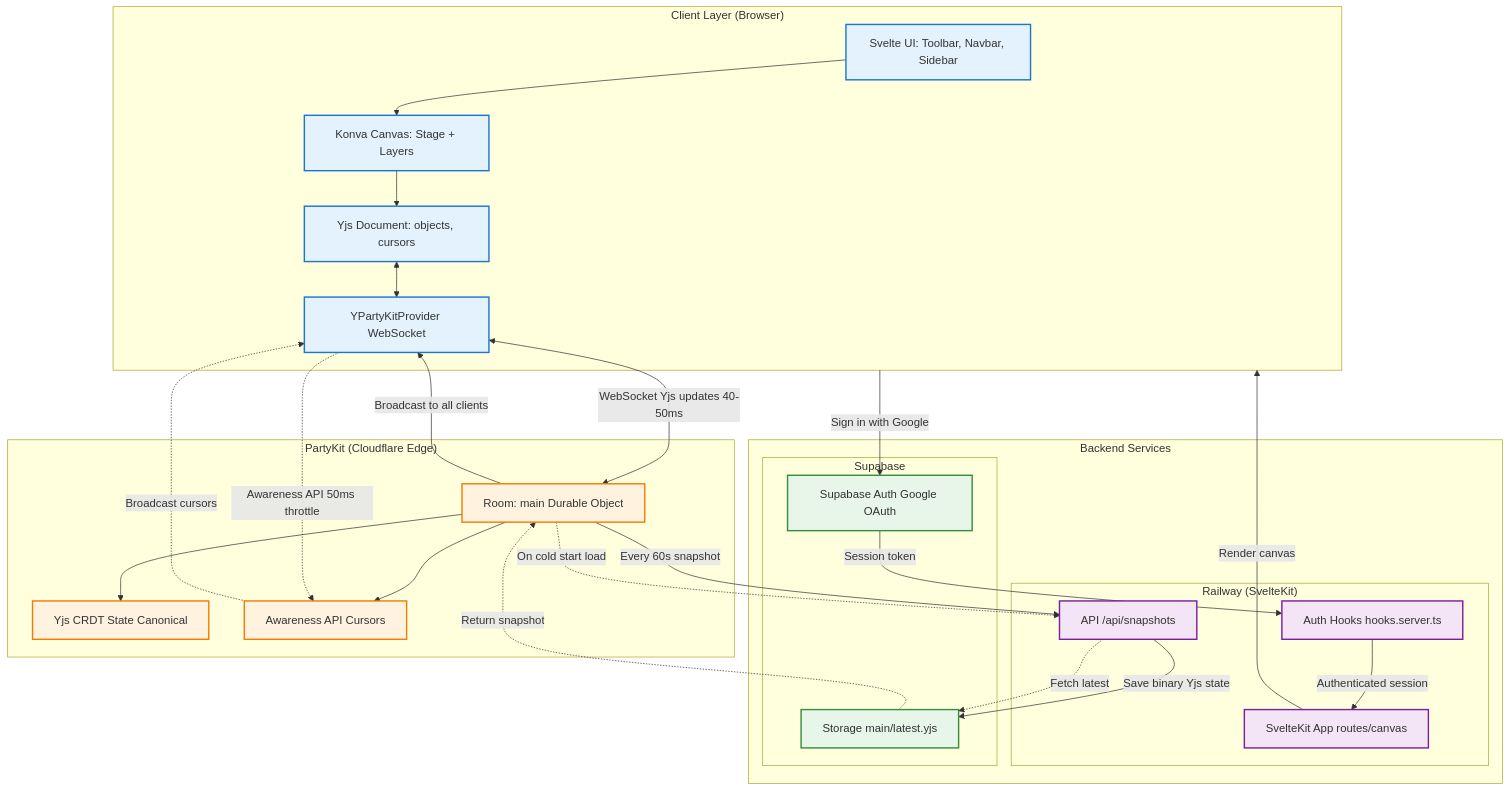
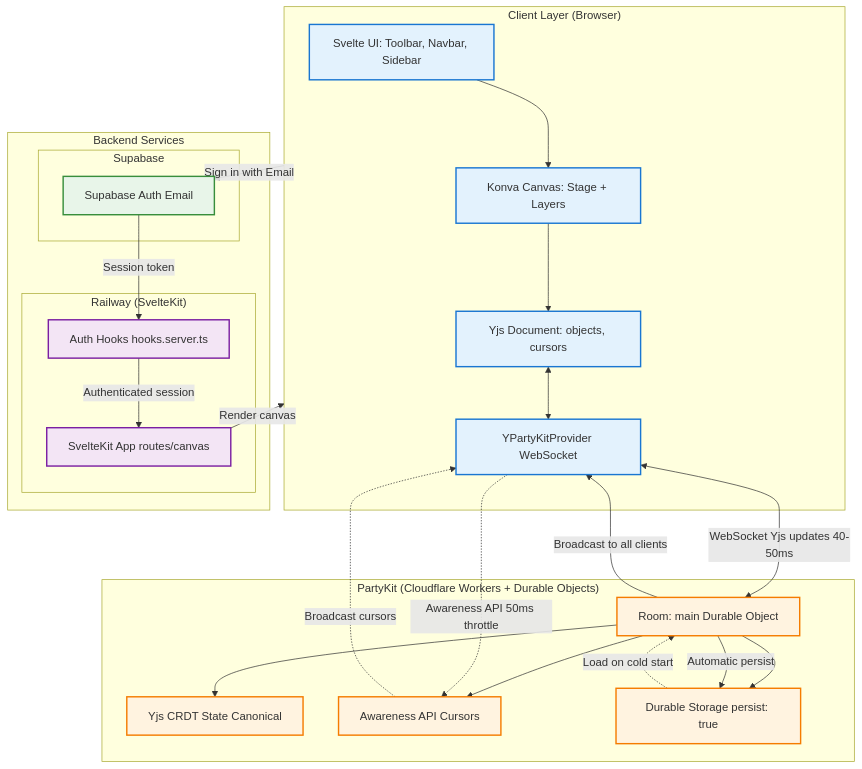
Before and after one commit to ppiont/collab-canvas: the diagram in project-management/architecture.md, drawn with Mermaid. The commit also changed 4 other files, not shown here.

First line of the commit message:
docs: Phase 7 unnecessary - PartyKit Durable Objects handle persistence

````diff
--- a/project-management/architecture.md
+++ b/project-management/architecture.md
@@ -1,69 +1,64 @@
 ```mermaid
 graph TB
     subgraph Browser["Client Layer (Browser)"]
         UI[Svelte UI: Toolbar, Navbar, Sidebar]
         Canvas[Konva Canvas: Stage + Layers]
         YDoc[Yjs Document: objects, cursors]
         Provider[YPartyKitProvider WebSocket]
         
         UI --> Canvas
         Canvas --> YDoc
         YDoc <--> Provider
     end
 
-    subgraph Edge["PartyKit (Cloudflare Edge)"]
+    subgraph Edge["PartyKit (Cloudflare Workers + Durable Objects)"]
         Room[Room: main Durable Object]
         YCRDT[Yjs CRDT State Canonical]
         Awareness[Awareness API Cursors]
+        Persist[Durable Storage persist: true]
         
         Room --> YCRDT
         Room --> Awareness
+        Room --> Persist
     end
 
     subgraph Backend["Backend Services"]
         subgraph Railway["Railway (SvelteKit)"]
             App[SvelteKit App routes/canvas]
-            API[API /api/snapshots]
             Hooks[Auth Hooks hooks.server.ts]
         end
         
         subgraph Supabase["Supabase"]
-            Auth[Supabase Auth Google OAuth]
-            Storage[Storage main/latest.yjs]
+            Auth[Supabase Auth Email]
         end
     end
 
     %% Authentication Flow
-    Browser -->|Sign in with Google| Auth
+    Browser -->|Sign in with Email| Auth
     Auth -->|Session token| Hooks
     Hooks -->|Authenticated session| App
     App -->|Render canvas| Browser
 
     %% Real-time Sync Flow
     Provider <-->|WebSocket Yjs updates 40-50ms| Room
     Room -->|Broadcast to all clients| Provider
     
     %% Cursor Flow
     Provider -.->|Awareness API 50ms throttle| Awareness
     Awareness -.->|Broadcast cursors| Provider
 
-    %% Persistence Flow
-    Room -->|Every 60s snapshot| API
-    API -->|Save binary Yjs state| Storage
-    
-    %% Cold Start Flow
-    Room -.->|On cold start load| API
-    API -.->|Fetch latest| Storage
-    Storage -.->|Return snapshot| Room
+    %% Persistence Flow (Automatic via Durable Objects)
+    Room -->|Automatic persist| Persist
+    Persist -.->|Load on cold start| Room
 
     %% Styling
     classDef clientStyle fill:#e3f2fd,stroke:#1976d2,stroke-width:2px
     classDef edgeStyle fill:#fff3e0,stroke:#f57c00,stroke-width:2px
     classDef backendStyle fill:#f3e5f5,stroke:#7b1fa2,stroke-width:2px
     classDef supabaseStyle fill:#e8f5e9,stroke:#388e3c,stroke-width:2px
     
     class UI,Canvas,YDoc,Provider clientStyle
-    class Room,YCRDT,Awareness edgeStyle
-    class App,API,Hooks backendStyle
-    class Auth,Storage supabaseStyle
+    class Room,YCRDT,Awareness,Persist edgeStyle
+    class App,Hooks backendStyle
+    class Auth supabaseStyle
 ```
````
